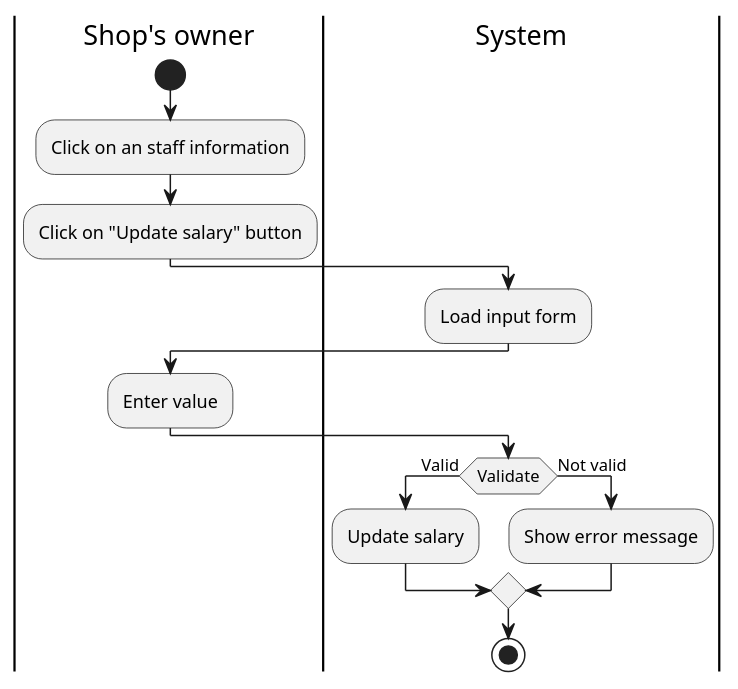
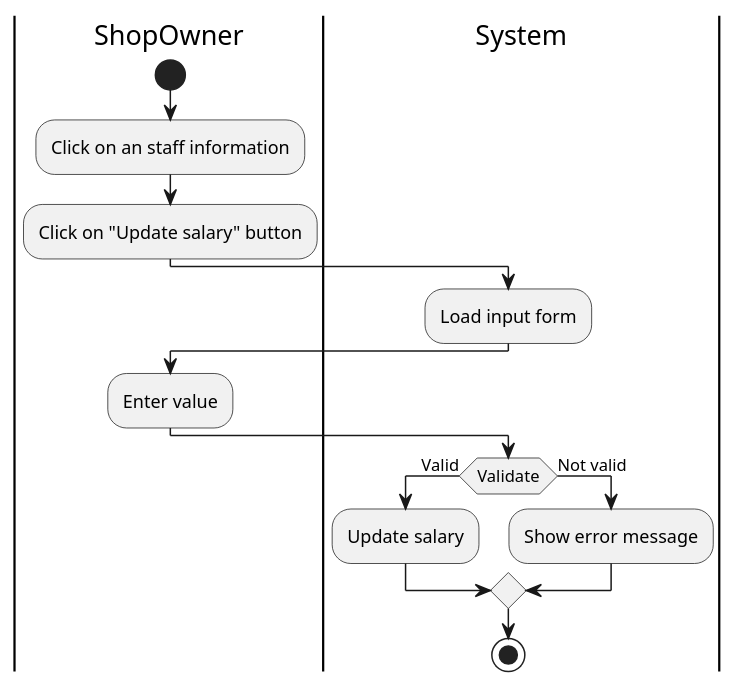
One commit to phamnhutdanh/SE357-Pratice-class changed the diagram in Lab 1/Lab 1.2/activity_diagram/activity-update-staff-salary.plantuml. Above: the diagram before and after it, drawn with PlantUML. The commit also changed 55 other files, not shown here.

```diff
--- a/Lab 1/Lab 1.2/activity_diagram/activity-update-staff-salary.plantuml
+++ b/Lab 1/Lab 1.2/activity_diagram/activity-update-staff-salary.plantuml
@@ -1,17 +1,17 @@
 @startuml
-|Shop's owner|
+|ShopOwner|
 start
 :Click on an staff information;
 :Click on "Update salary" button;
 |System|
 :Load input form;
-|Shop's owner|
+|ShopOwner|
 :Enter value;
 |System|
 if (Validate) then (Valid)
 :Update salary;
 else (Not valid)
 :Show error message;
 endif
 stop
 @enduml
```
